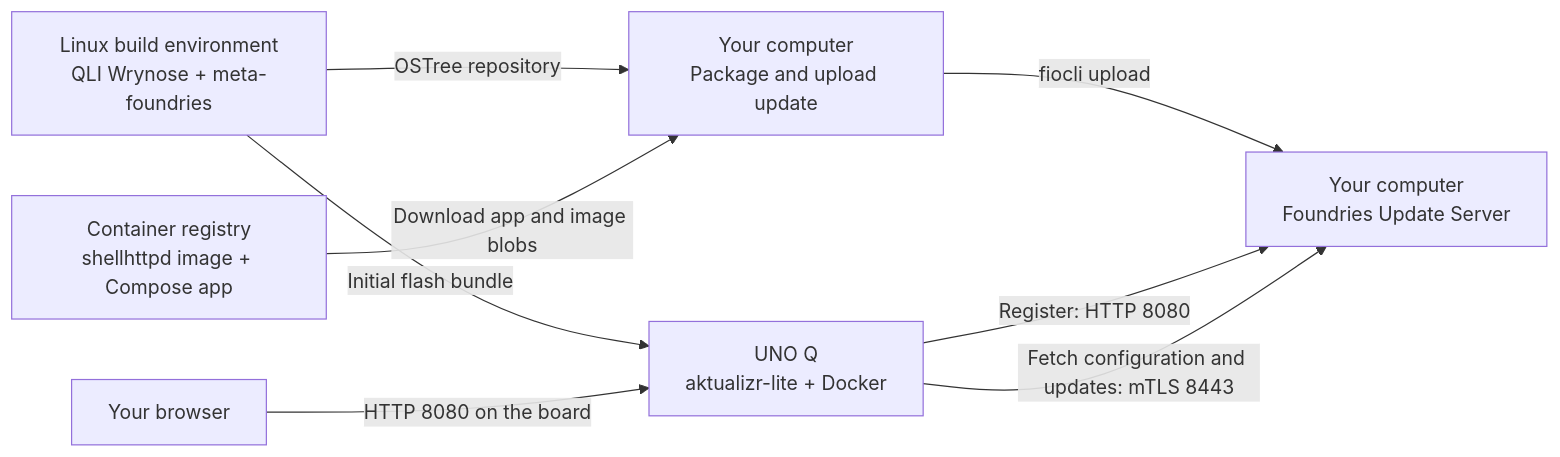
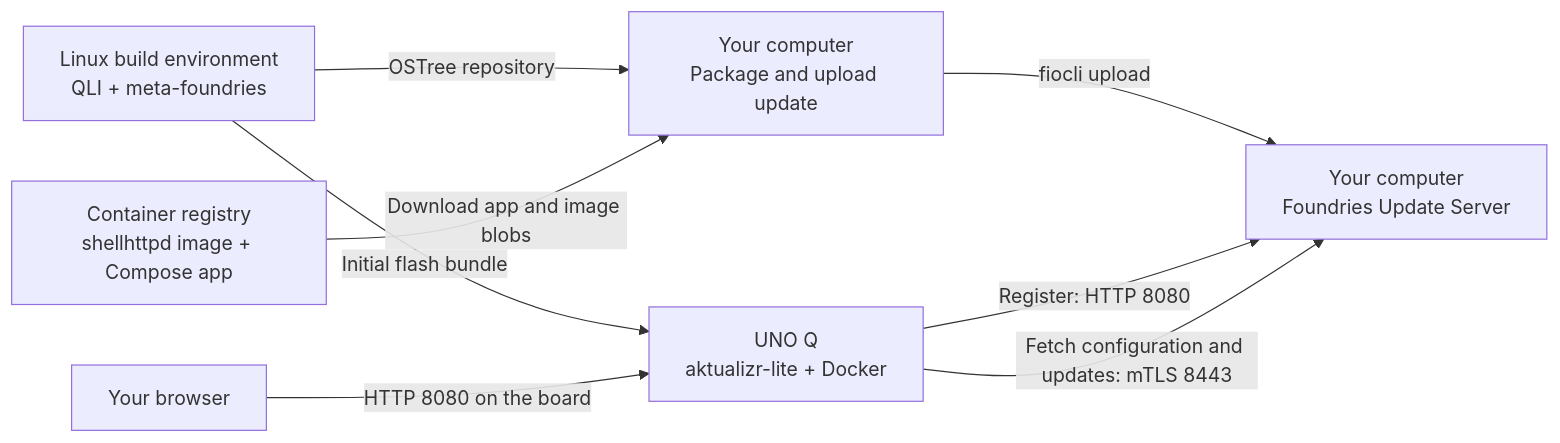
One commit to foundriesio/meta-foundries changed the diagram in docs/guides/uno-q-wrynose/README.md. Above: the diagram before and after it, drawn with Mermaid. The commit also changed other lines of this file and 12 other files, not shown here.

````diff
--- a/docs/guides/uno-q-wrynose/README.md
+++ b/docs/guides/uno-q-wrynose/README.md
@@ -50,10 +59,10 @@
 ```mermaid
 flowchart LR
-    B["Linux build environment<br/>QLI Wrynose + meta-foundries"] -->|Initial flash bundle| U["UNO Q<br/>aktualizr-lite + Docker"]
+    B["Linux build environment<br/>QLI + meta-foundries"] -->|Initial flash bundle| U["UNO Q<br/>aktualizr-lite + Docker"]
     B -->|OSTree repository| P["Your computer<br/>Package and upload update"]
     R["Container registry<br/>shellhttpd image + Compose app"] -->|Download app and image blobs| P
     P -->|fiocli upload| S["Your computer<br/>Foundries Update Server"]
     U -->|Register: HTTP 8080| S
     U -->|Fetch configuration and updates: mTLS 8443| S
     V["Your browser"] -->|HTTP 8080 on the board| U
 ```
````
